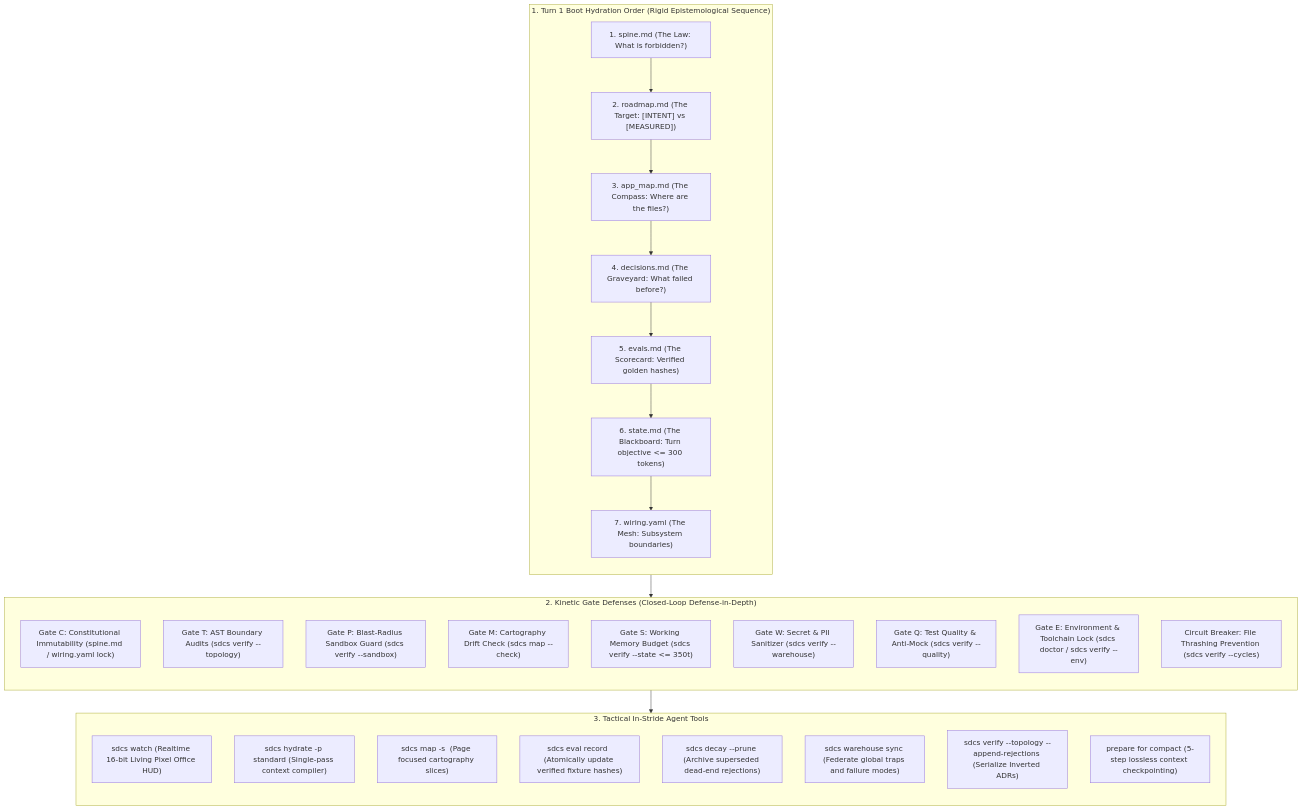
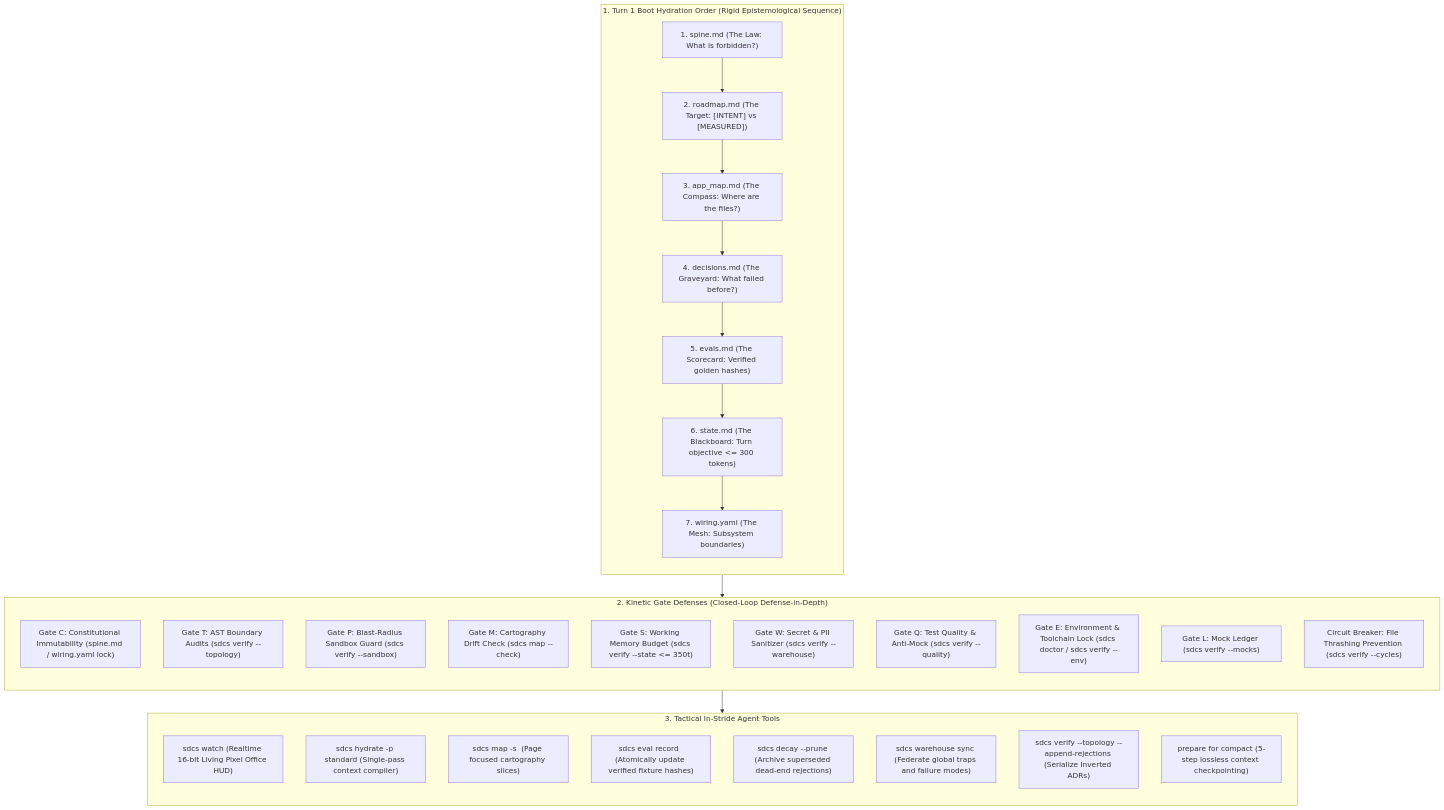
Before and after one commit to adamm285-dev/Spec-Driven-Cognitive-Scaffolding-SDCS: the second of 2 diagrams in README.md, drawn with Mermaid. The commit also changed other lines of this file and 22 other files, not shown here.

````diff
--- a/README.md
+++ b/README.md
@@ -285,40 +285,41 @@
 ```mermaid
 flowchart TD
     subgraph BOOT ["1. Turn 1 Boot Hydration Order (Rigid Epistemological Sequence)"]
         direction TB
         B1["1. spine.md (The Law: What is forbidden?)"] --> B2["2. roadmap.md (The Target: [INTENT] vs [MEASURED])"]
         B2 --> B3["3. app_map.md (The Compass: Where are the files?)"]
         B3 --> B4["4. decisions.md (The Graveyard: What failed before?)"]
         B4 --> B5["5. evals.md (The Scorecard: Verified golden hashes)"]
         B5 --> B6["6. state.md (The Blackboard: Turn objective <= 300 tokens)"]
         B6 --> B7["7. wiring.yaml (The Mesh: Subsystem boundaries)"]
     end
 
     subgraph KINETIC ["2. Kinetic Gate Defenses (Closed-Loop Defense-in-Depth)"]
         direction TB
         GC["Gate C: Constitutional Immutability (spine.md / wiring.yaml lock)"]
         GT["Gate T: AST Boundary Audits (sdcs verify --topology)"]
         GP["Gate P: Blast-Radius Sandbox Guard (sdcs verify --sandbox)"]
         GM["Gate M: Cartography Drift Check (sdcs map --check)"]
         GS["Gate S: Working Memory Budget (sdcs verify --state <= 350t)"]
         GW["Gate W: Secret & PII Sanitizer (sdcs verify --warehouse)"]
         GQ["Gate Q: Test Quality & Anti-Mock (sdcs verify --quality)"]
         GE["Gate E: Environment & Toolchain Lock (sdcs doctor / sdcs verify --env)"]
+        GL["Gate L: Mock Ledger (sdcs verify --mocks)"]
         CB["Circuit Breaker: File Thrashing Prevention (sdcs verify --cycles)"]
     end
 
     subgraph TACTICAL ["3. Tactical In-Stride Agent Tools"]
         direction TB
         WATCH["sdcs watch (Realtime 16-bit Living Pixel Office HUD)"]
         HYDRATE["sdcs hydrate -p standard (Single-pass context compiler)"]
         MAP["sdcs map -s <subsystem> (Page focused cartography slices)"]
         EVAL["sdcs eval record <ID> (Atomically update verified fixture hashes)"]
         DECAY["sdcs decay --prune (Archive superseded dead-end rejections)"]
         WH["sdcs warehouse sync (Federate global traps and failure modes)"]
         REJ["sdcs verify --topology --append-rejections (Serialize Inverted ADRs)"]
         COMPACT["prepare for compact (5-step lossless context checkpointing)"]
     end
 
     BOOT --> KINETIC
     KINETIC --> TACTICAL
 ```
````
